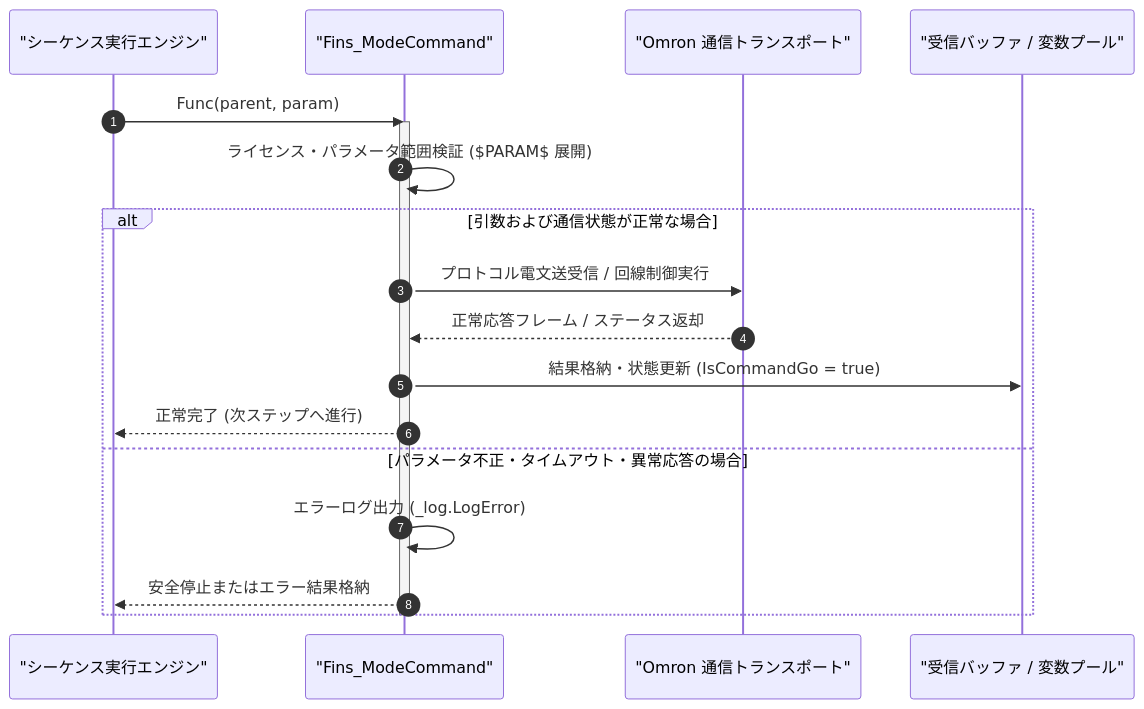
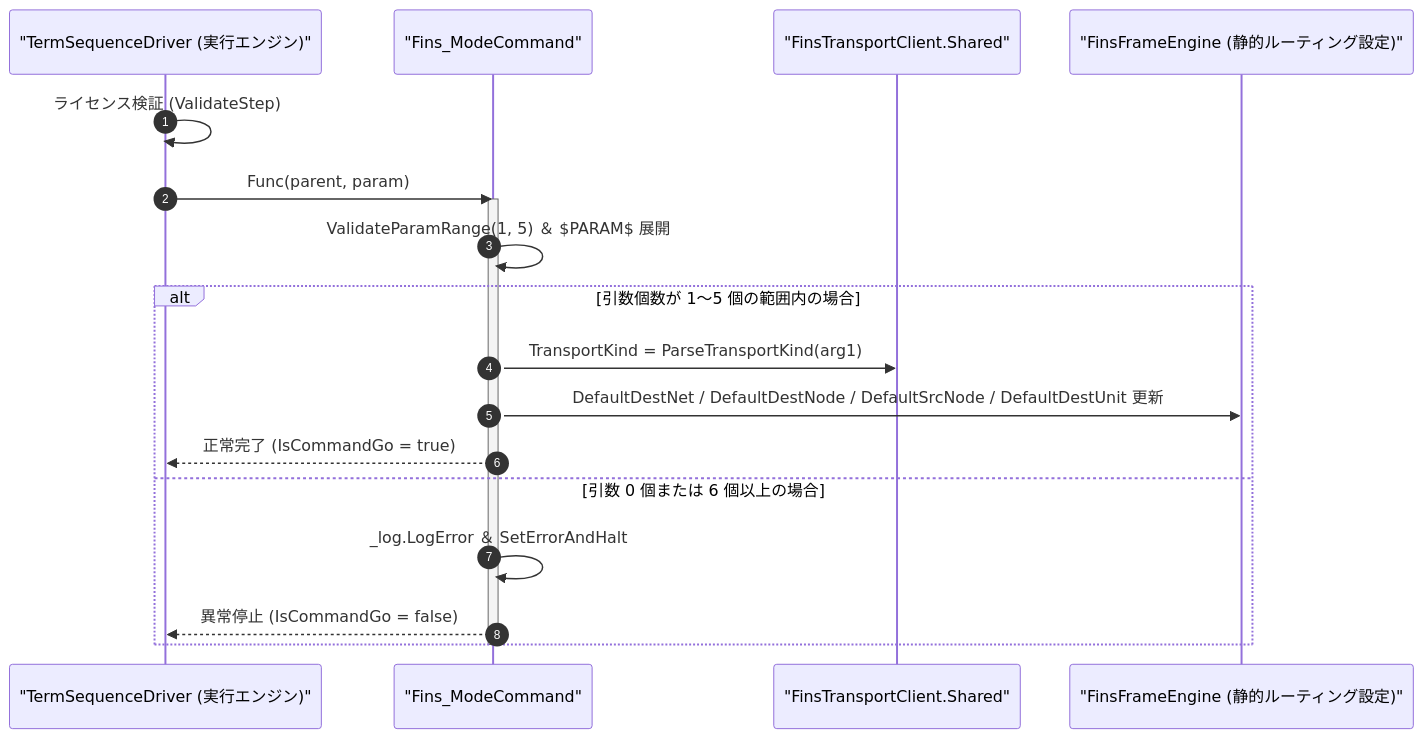
The diagram in Manual/Omron/Fins_Mode.Md (Monaca-App/TermAddIn), drawn with Mermaid before and after one commit. The commit also changed other lines of this file and 157 other files, not shown here.

````diff
--- a/Manual/Omron/Fins_Mode.Md
+++ b/Manual/Omron/Fins_Mode.Md
@@ -66,22 +75,22 @@
 ```mermaid
 sequenceDiagram
     autonumber
-    participant Script as "シーケンス実行エンジン"
+    participant Driver as "TermSequenceDriver (実行エンジン)"
     participant Cmd as "Fins_ModeCommand"
-    participant Trans as "Omron 通信トランスポート"
-    participant Buf as "受信バッファ / 変数プール"
+    participant Trans as "FinsTransportClient.Shared"
+    participant Engine as "FinsFrameEngine (静的ルーティング設定)"
 
-    Script->>Cmd: Func(parent, param)
+    Driver->>Driver: ライセンス検証 (ValidateStep)
+    Driver->>Cmd: Func(parent, param)
     activate Cmd
-    Cmd->>Cmd: ライセンス・パラメータ範囲検証 ($PARAM$ 展開)
-    alt 引数および通信状態が正常な場合
-        Cmd->>Trans: プロトコル電文送受信 / 回線制御実行
-        Trans-->>Cmd: 正常応答フレーム / ステータス返却
-        Cmd->>Buf: 結果格納・状態更新 (IsCommandGo = true)
-        Cmd-->>Script: 正常完了 (次ステップへ進行)
-    else パラメータ不正・タイムアウト・異常応答の場合
-        Cmd->>Cmd: エラーログ出力 (_log.LogError)
-        Cmd-->>Script: 安全停止またはエラー結果格納
+    Cmd->>Cmd: ValidateParamRange(1, 5) ＆ $PARAM$ 展開
+    alt 引数個数が 1〜5 個の範囲内の場合
+        Cmd->>Trans: TransportKind = ParseTransportKind(arg1)
+        Cmd->>Engine: DefaultDestNet / DefaultDestNode / DefaultSrcNode / DefaultDestUnit 更新
+        Cmd-->>Driver: 正常完了 (IsCommandGo = true)
+    else 引数 0 個または 6 個以上の場合
+        Cmd->>Cmd: _log.LogError ＆ SetErrorAndHalt
+        Cmd-->>Driver: 異常停止 (IsCommandGo = false)
     end
     deactivate Cmd
 ```
````
